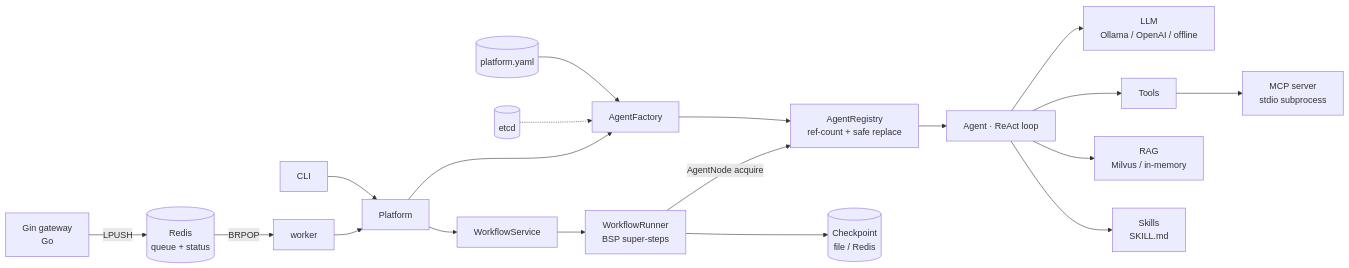
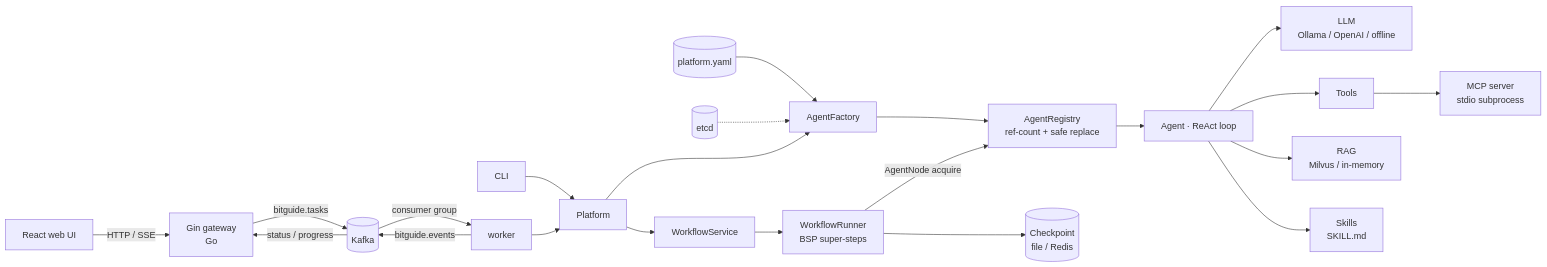
One commit to PolarisMurray/Multi-Agent changed the diagram in README.md. Above: the diagram before and after it, drawn with Mermaid. The commit also changed other lines of this file, not shown here.

Commit message:
docs: document Kafka + SSE architecture and web UI setup

````diff
--- a/README.md
+++ b/README.md
@@ -8,16 +8,18 @@
 ```mermaid
 flowchart LR
     CLI[CLI] --> P[Platform]
-    API[Gin gateway<br/>Go] -- LPUSH --> Q[(Redis<br/>queue + status)] -- BRPOP --> WK[worker] --> P
+    UI[React web UI] -- HTTP / SSE --> API[Gin gateway<br/>Go]
+    API -- bitguide.tasks --> K[(Kafka)] -- consumer group --> WK[worker] --> P
+    WK -- bitguide.events --> K -- status / progress --> API
     YAML[(platform.yaml)] --> F
     ETCD[(etcd)] -.-> F
     P --> F[AgentFactory] --> R[AgentRegistry<br/>ref-count + safe replace]
     P --> W[WorkflowService]
     W --> E[WorkflowRunner<br/>BSP super-steps] --> CP[(Checkpoint<br/>file / Redis)]
     E -- AgentNode acquire --> R
     R --> A[Agent · ReAct loop]
     A --> LLM[LLM<br/>Ollama / OpenAI / offline]
     A --> T[Tools] --> MCP[MCP server<br/>stdio subprocess]
     A --> RAG[RAG<br/>Milvus / in-memory]
     A --> S[Skills<br/>SKILL.md]
 ```
````
